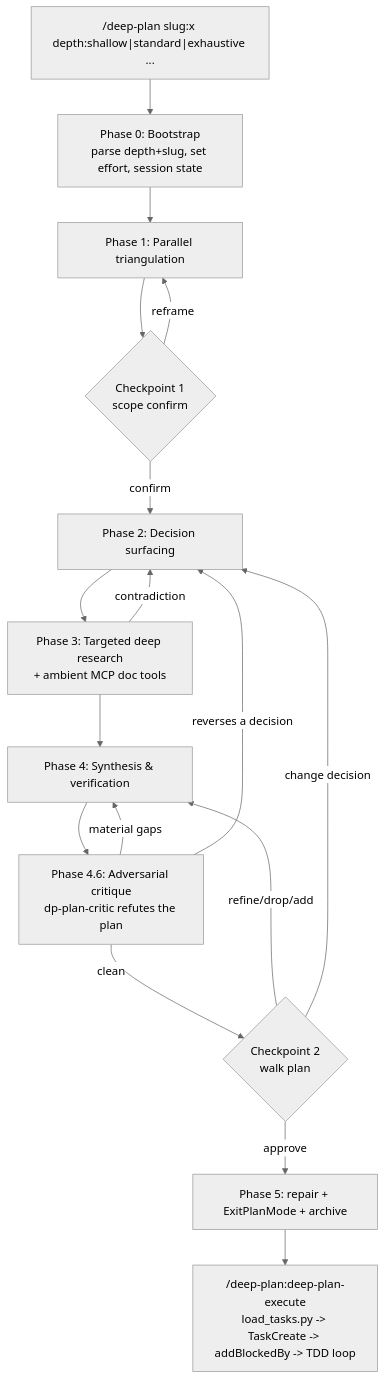
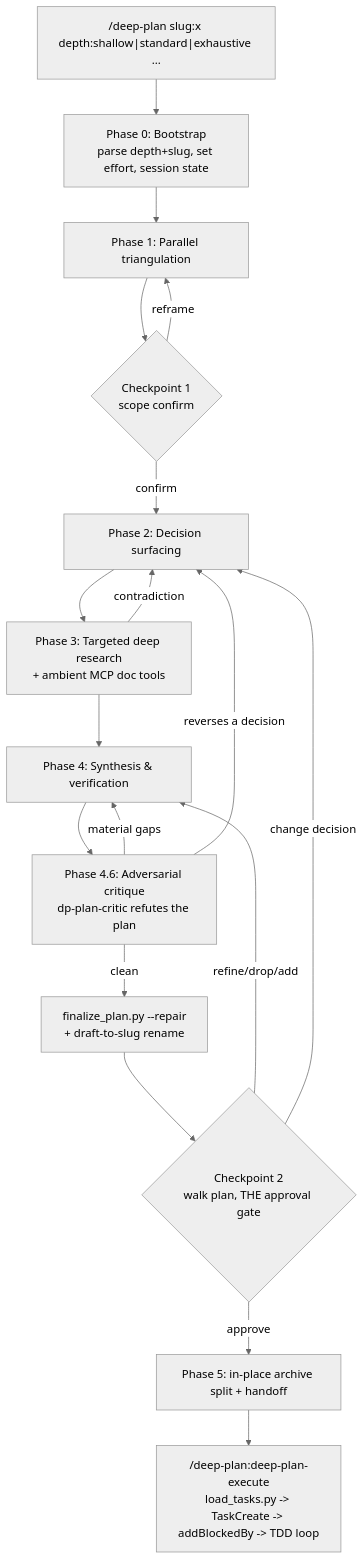
One commit to Tsadoq/claude-better-plan changed the first of 2 diagrams in PLAN.md. Above: the diagram before and after it, drawn with Mermaid (neutral theme). The commit also changed other lines of this file and 19 other files, not shown here.

````diff
--- a/PLAN.md
+++ b/PLAN.md
@@ -23,19 +23,20 @@
 ```mermaid
 flowchart TD
     Args["/deep-plan slug:x depth:shallow|standard|exhaustive ..."] --> P0
     P0[Phase 0: Bootstrap<br/>parse depth+slug, set effort, session state] --> P1[Phase 1: Parallel triangulation]
     P1 --> CP1{Checkpoint 1<br/>scope confirm}
     CP1 -->|reframe| P1
     CP1 -->|confirm| P2[Phase 2: Decision surfacing]
     P2 --> P3[Phase 3: Targeted deep research<br/>+ ambient MCP doc tools]
     P3 -->|contradiction| P2
     P3 --> P4[Phase 4: Synthesis & verification]
     P4 --> P46[Phase 4.6: Adversarial critique<br/>dp-plan-critic refutes the plan]
     P46 -->|material gaps| P4
     P46 -->|reverses a decision| P2
-    P46 -->|clean| CP2{Checkpoint 2<br/>walk plan}
+    P46 -->|clean| REP["finalize_plan.py --repair<br/>+ draft-to-slug rename"]
+    REP --> CP2{Checkpoint 2<br/>walk plan, THE approval gate}
     CP2 -->|refine/drop/add| P4
     CP2 -->|change decision| P2
-    CP2 -->|approve| P5[Phase 5: repair + ExitPlanMode + archive]
+    CP2 -->|approve| P5[Phase 5: in-place archive split + handoff]
     P5 --> Exec["/deep-plan:deep-plan-execute<br/>load_tasks.py -> TaskCreate -> addBlockedBy -> TDD loop"]
 ```
````
